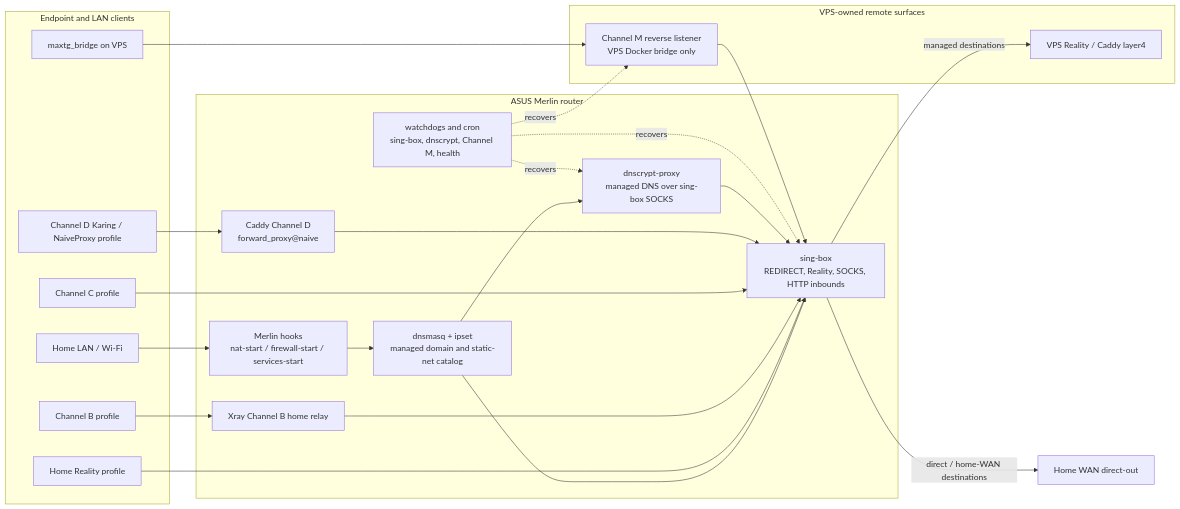
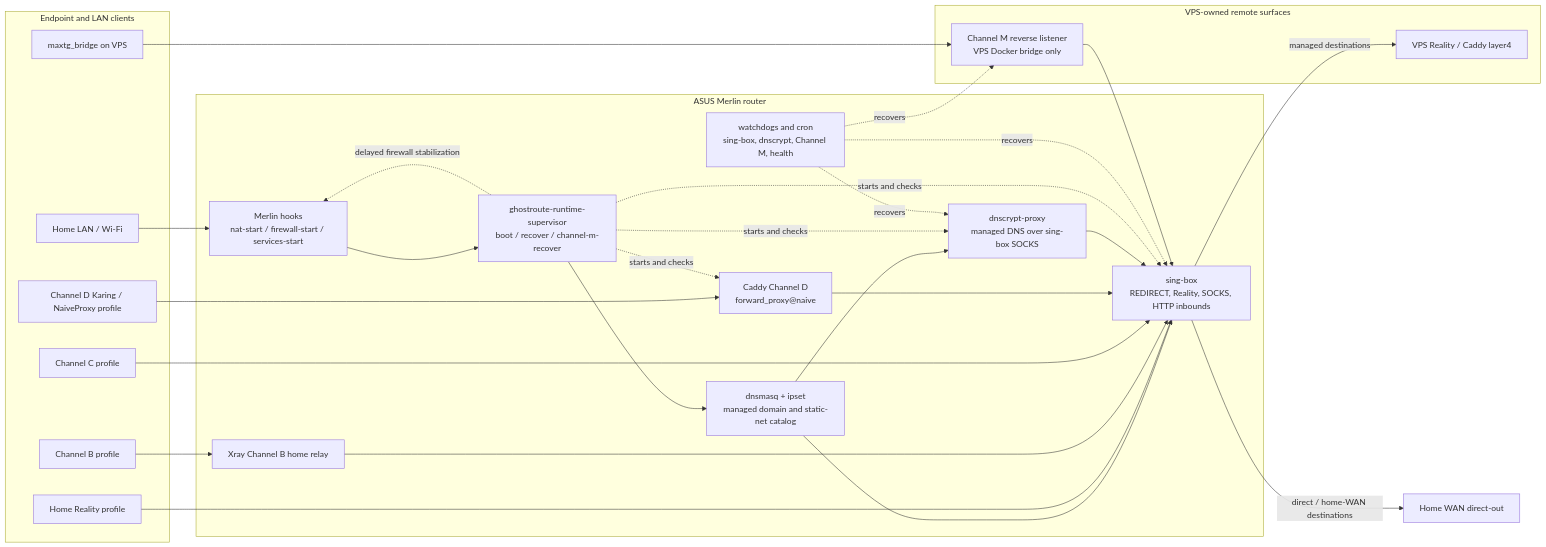
One commit to eiler2005/ghostroute changed the first of 5 diagrams in docs/router-runtime-map.md. Above: the diagram before and after it, drawn with Mermaid. The commit also changed other lines of this file and 43 other files, not shown here.

Commit message:
Add stable router runtime supervisor

````diff
--- a/docs/router-runtime-map.md
+++ b/docs/router-runtime-map.md
@@ -20,39 +20,45 @@
 ```mermaid
 flowchart LR
   subgraph endpoint[Endpoint and LAN clients]
     lan[Home LAN / Wi-Fi]
     mobileA[Home Reality profile]
     mobileB[Channel B profile]
     mobileC[Channel C profile]
     mobileD[Channel D Karing / NaiveProxy profile]
     maxBridge[maxtg_bridge on VPS]
   end
 
   subgraph router[ASUS Merlin router]
     merlin[Merlin hooks<br/>nat-start / firewall-start / services-start]
+    supervisor[ghostroute-runtime-supervisor<br/>boot / recover / channel-m-recover]
     dnsmasq[dnsmasq + ipset<br/>managed domain and static-net catalog]
     singbox[sing-box<br/>REDIRECT, Reality, SOCKS, HTTP inbounds]
     xray[Xray Channel B home relay]
     caddyD[Caddy Channel D<br/>forward_proxy@naive]
     dnscrypt[dnscrypt-proxy<br/>managed DNS over sing-box SOCKS]
     watchdogs[watchdogs and cron<br/>sing-box, dnscrypt, Channel M, health]
   end
 
   subgraph vps[VPS-owned remote surfaces]
     reality[VPS Reality / Caddy layer4]
     mListener[Channel M reverse listener<br/>VPS Docker bridge only]
   end
 
-  lan --> merlin --> dnsmasq --> singbox
+  lan --> merlin --> supervisor
+  supervisor --> dnsmasq --> singbox
   mobileA --> singbox
   mobileB --> xray --> singbox
   mobileC --> singbox
   mobileD --> caddyD --> singbox
   maxBridge --> mListener --> singbox
   singbox -->|managed destinations| reality
   singbox -->|direct / home-WAN destinations| wan[Home WAN direct-out]
   dnsmasq --> dnscrypt --> singbox
+  supervisor -. delayed firewall stabilization .-> merlin
+  supervisor -. starts and checks .-> singbox
+  supervisor -. starts and checks .-> dnscrypt
+  supervisor -. starts and checks .-> caddyD
   watchdogs -. recovers .-> singbox
   watchdogs -. recovers .-> dnscrypt
   watchdogs -. recovers .-> mListener
 ```
````
